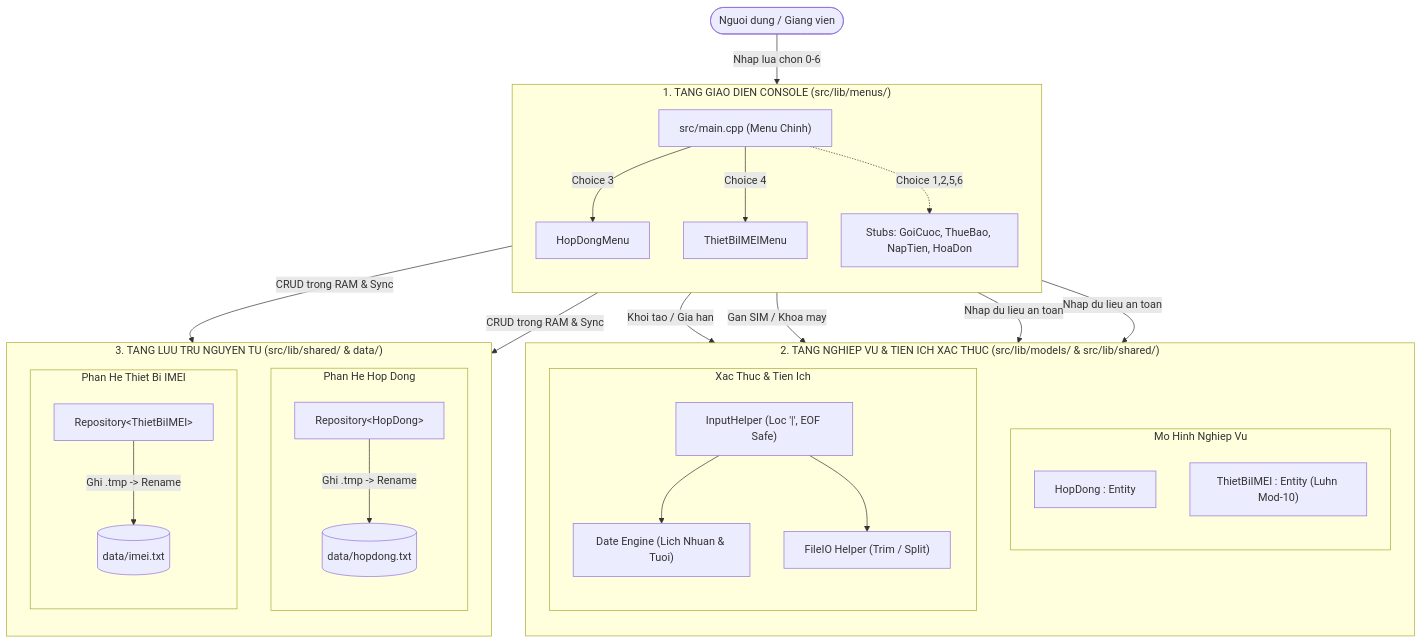
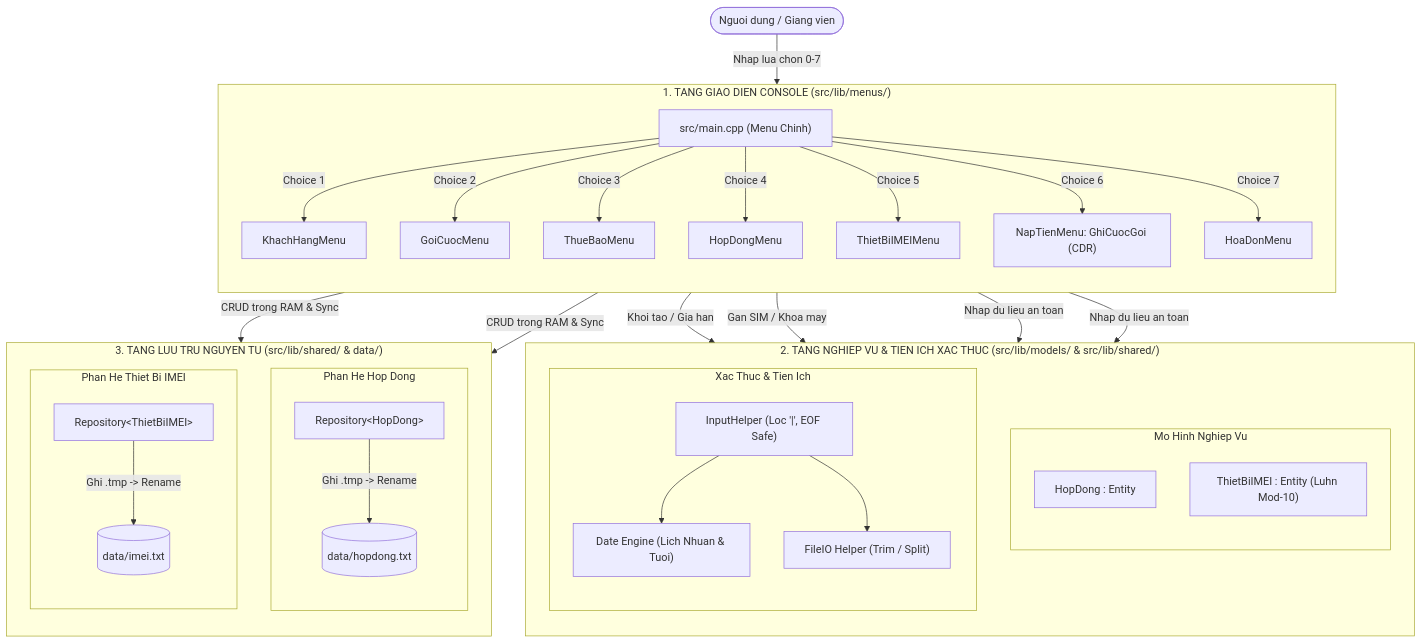
The first of 6 diagrams in docs/Operational/INTERACTION_DIAGRAM.md (khanhtq02-cbmd/BTL_KTLT), drawn with Mermaid before and after one commit. The commit also changed 80 other files, not shown here.

````diff
--- a/docs/Operational/INTERACTION_DIAGRAM.md
+++ b/docs/Operational/INTERACTION_DIAGRAM.md
@@ -16,50 +16,54 @@
 ```mermaid
 flowchart TD
-    User([Nguoi dung / Giang vien]) -->|Nhap lua chon 0-6| Main["src/main.cpp (Menu Chinh)"]
+    User([Nguoi dung / Giang vien]) -->|Nhap lua chon 0-7| Main["src/main.cpp (Menu Chinh)"]
 
     subgraph UI ["1. TANG GIAO DIEN CONSOLE (src/lib/menus/)"]
         direction TB
-        Main -->|Choice 3| HDMenu["HopDongMenu"]
-        Main -->|Choice 4| IMEIMenu["ThietBiIMEIMenu"]
-        Main -.->|Choice 1,2,5,6| Stubs["Stubs: GoiCuoc, ThueBao, NapTien, HoaDon"]
+        Main -->|Choice 1| KhachHangMenu["KhachHangMenu"]
+        Main -->|Choice 2| GoiCuocMenu["GoiCuocMenu"]
+        Main -->|Choice 3| ThueBaoMenu["ThueBaoMenu"]
+        Main -->|Choice 4| HDMenu["HopDongMenu"]
+        Main -->|Choice 5| IMEIMenu["ThietBiIMEIMenu"]
+        Main -->|Choice 6| NapTienMenu["NapTienMenu: GhiCuocGoi (CDR)"]
+        Main -->|Choice 7| HoaDonMenu["HoaDonMenu"]
     end
 
     subgraph Core ["2. TANG NGHIEP VU & TIEN ICH XAC THUC (src/lib/models/ & src/lib/shared/)"]
         direction TB
         subgraph Models ["Mo Hinh Nghiep Vu"]
             direction TB
             HDModel["HopDong : Entity"]
             IMEIModel["ThietBiIMEI : Entity (Luhn Mod-10)"]
         end
         subgraph Helpers ["Xac Thuc & Tien Ich"]
             direction TB
             InputHelper["InputHelper (Loc '|', EOF Safe)"]
             DateEngine["Date Engine (Lich Nhuan & Tuoi)"]
             FileIO["FileIO Helper (Trim / Split)"]
             InputHelper --> DateEngine
             InputHelper --> FileIO
         end
         HDMenu -->|Khoi tao / Gia han| HDModel
         IMEIMenu -->|Gan SIM / Khoa may| IMEIModel
         HDMenu & IMEIMenu -->|Nhap du lieu an toan| InputHelper
     end
 
     subgraph Storage ["3. TANG LUU TRU NGUYEN TU (src/lib/shared/ & data/)"]
         direction TB
         subgraph StorageHD ["Phan He Hop Dong"]
             direction TB
             RepoHD["Repository&lt;HopDong&gt;"]
             DiskHD[("data/hopdong.txt")]
             RepoHD -->|Ghi .tmp -> Rename| DiskHD
         end
         subgraph StorageIMEI ["Phan He Thiet Bi IMEI"]
             direction TB
             RepoIMEI["Repository&lt;ThietBiIMEI&gt;"]
             DiskIMEI[("data/imei.txt")]
             RepoIMEI -->|Ghi .tmp -> Rename| DiskIMEI
         end
     end
 
     HDMenu -->|CRUD trong RAM & Sync| RepoHD
     IMEIMenu -->|CRUD trong RAM & Sync| RepoIMEI
 ```
````
